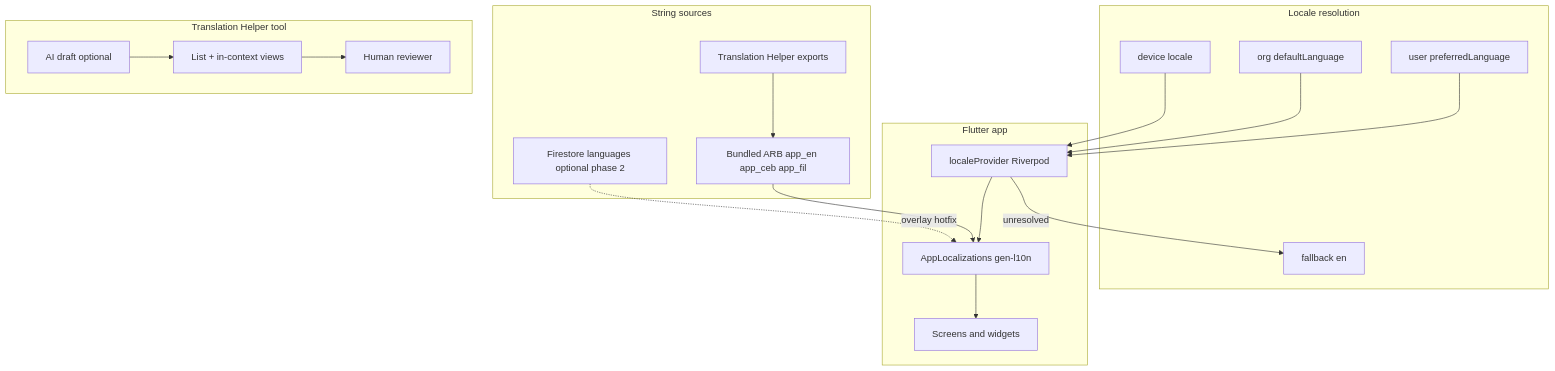
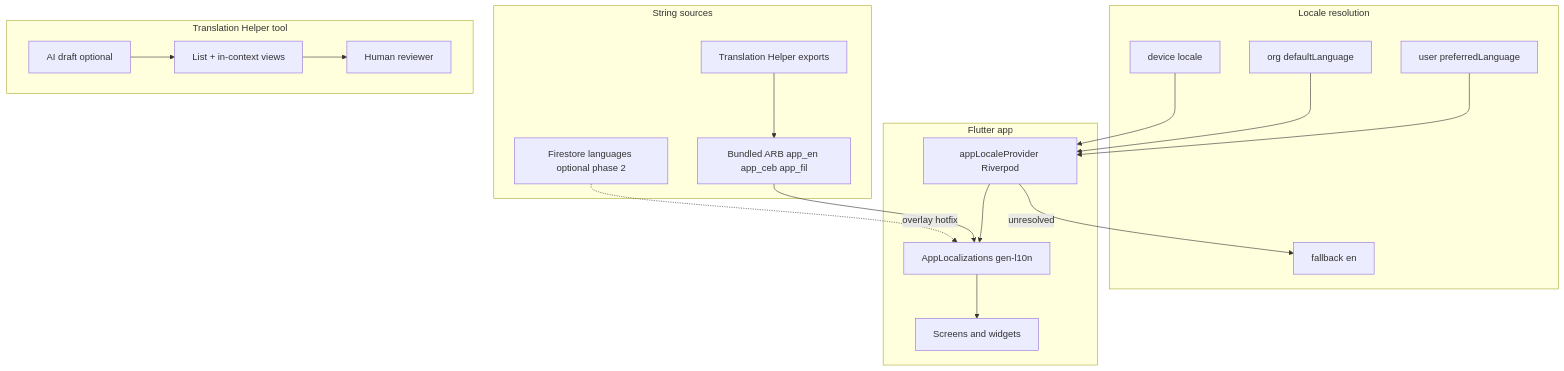
The first of 3 diagrams in docs/INTERNATIONALIZATION.md (edbecnel/speakup-connect), drawn with Mermaid before and after one commit. The commit also changed other lines of this file and 39 other files, not shown here.

````diff
--- a/docs/INTERNATIONALIZATION.md
+++ b/docs/INTERNATIONALIZATION.md
@@ -62,40 +64,42 @@
 ```mermaid
+%%{init: {'themeCSS': '.label { font-size: 42px !important; } .node { stroke-width: 4px; }'}}%%
+
 flowchart TB
   subgraph resolution [Locale resolution]
     U[user preferredLanguage]
     O[org defaultLanguage]
     D[device locale]
     F[fallback en]
   end
 
   subgraph sources [String sources]
     ARB[Bundled ARB app_en app_ceb app_fil]
     TH[Translation Helper exports]
     FS[Firestore languages optional phase 2]
   end
 
   subgraph translator [Translation Helper tool]
     LIST[List + in-context views]
     AI[AI draft optional]
     HUMAN[Human reviewer]
   end
 
   TH --> ARB
   LIST --> HUMAN
   AI --> LIST
 
   subgraph app [Flutter app]
-    LP[localeProvider Riverpod]
+    LP[appLocaleProvider Riverpod]
     L10N[AppLocalizations gen-l10n]
     UI[Screens and widgets]
   end
 
   U --> LP
   O --> LP
   D --> LP
   LP -->|unresolved| F
   LP --> L10N
   ARB --> L10N
   FS -.->|overlay hotfix| L10N
   L10N --> UI
 ```
````
